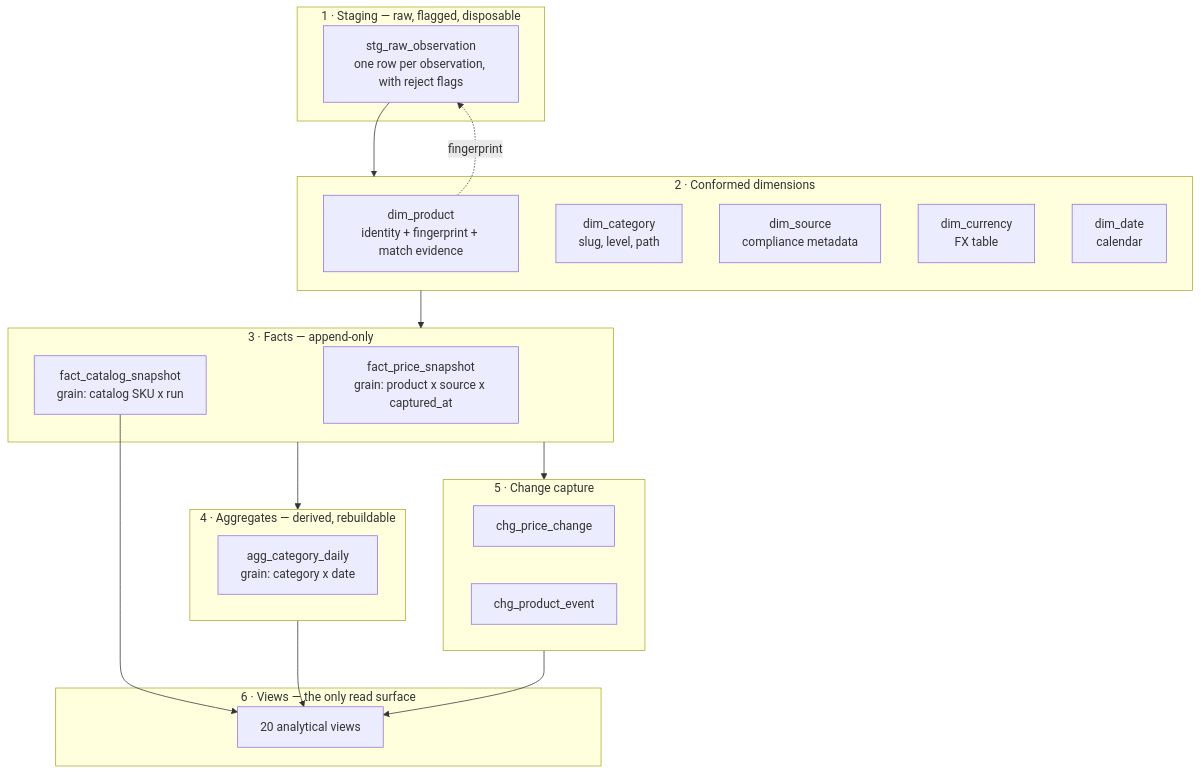
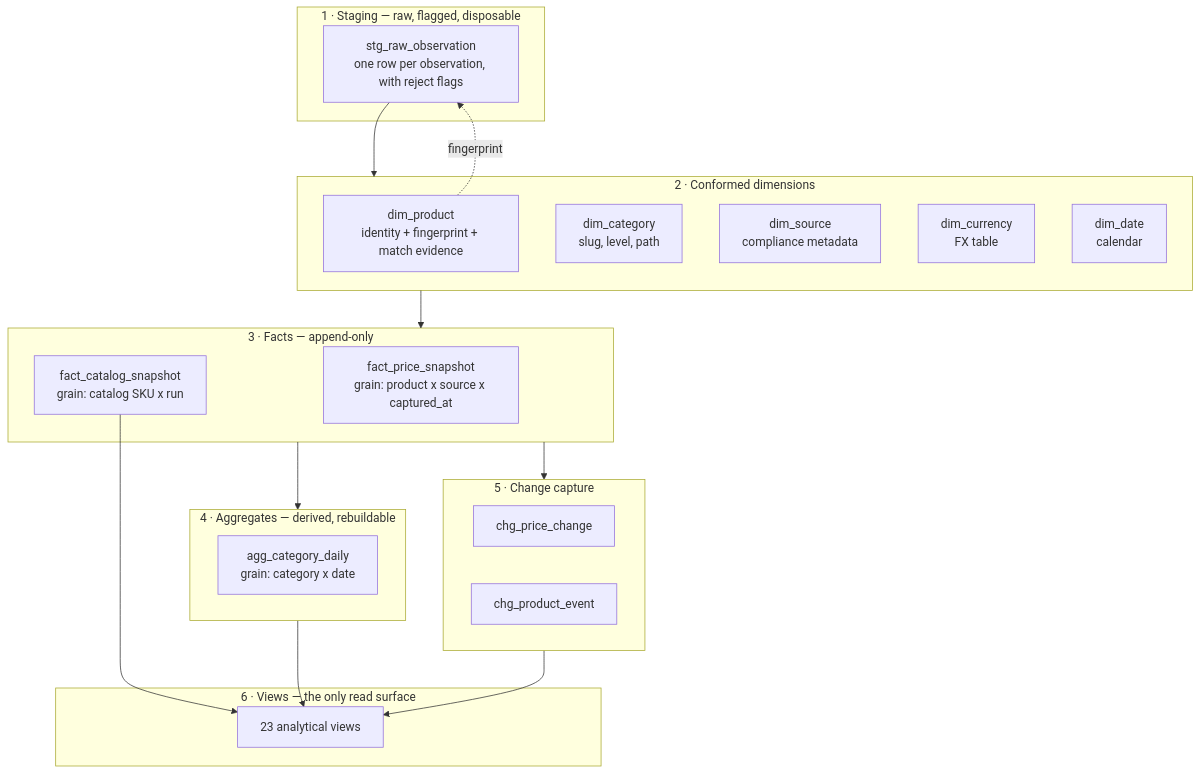
The fifth of 6 diagrams in docs/21_architecture_deep_dive.md (Ahmedbakr78/Web-to-Warehouse-Product-Intelligence-Pipeline), drawn with Mermaid before and after one commit. The commit also changed other lines of this file and 92 other files, not shown here.

````diff
--- a/docs/21_architecture_deep_dive.md
+++ b/docs/21_architecture_deep_dive.md
@@ -256,32 +256,32 @@
 ```mermaid
 flowchart TB
     subgraph RAW["1 · Staging — raw, flagged, disposable"]
         STG["stg_raw_observation<br/>one row per observation, with reject flags"]
     end
     subgraph CONFORM["2 · Conformed dimensions"]
         DP["dim_product<br/>identity + fingerprint + match evidence"]
         DC["dim_category<br/>slug, level, path"]
         DS["dim_source<br/>compliance metadata"]
         DU["dim_currency<br/>FX table"]
         DD["dim_date<br/>calendar"]
     end
     subgraph FACT["3 · Facts — append-only"]
         FP["fact_price_snapshot<br/>grain: product x source x captured_at"]
         FC["fact_catalog_snapshot<br/>grain: catalog SKU x run"]
     end
     subgraph AGG["4 · Aggregates — derived, rebuildable"]
         AG["agg_category_daily<br/>grain: category x date"]
     end
     subgraph CHANGE["5 · Change capture"]
         CP["chg_price_change"]
         CE["chg_product_event"]
     end
     subgraph SERVE["6 · Views — the only read surface"]
-        VW["20 analytical views"]
+        VW["23 analytical views"]
     end
 
     STG --> CONFORM --> FACT --> AGG --> VW
     FACT --> CHANGE --> VW
     FC --> VW
     DP -.fingerprint.-> STG
 ```
````
